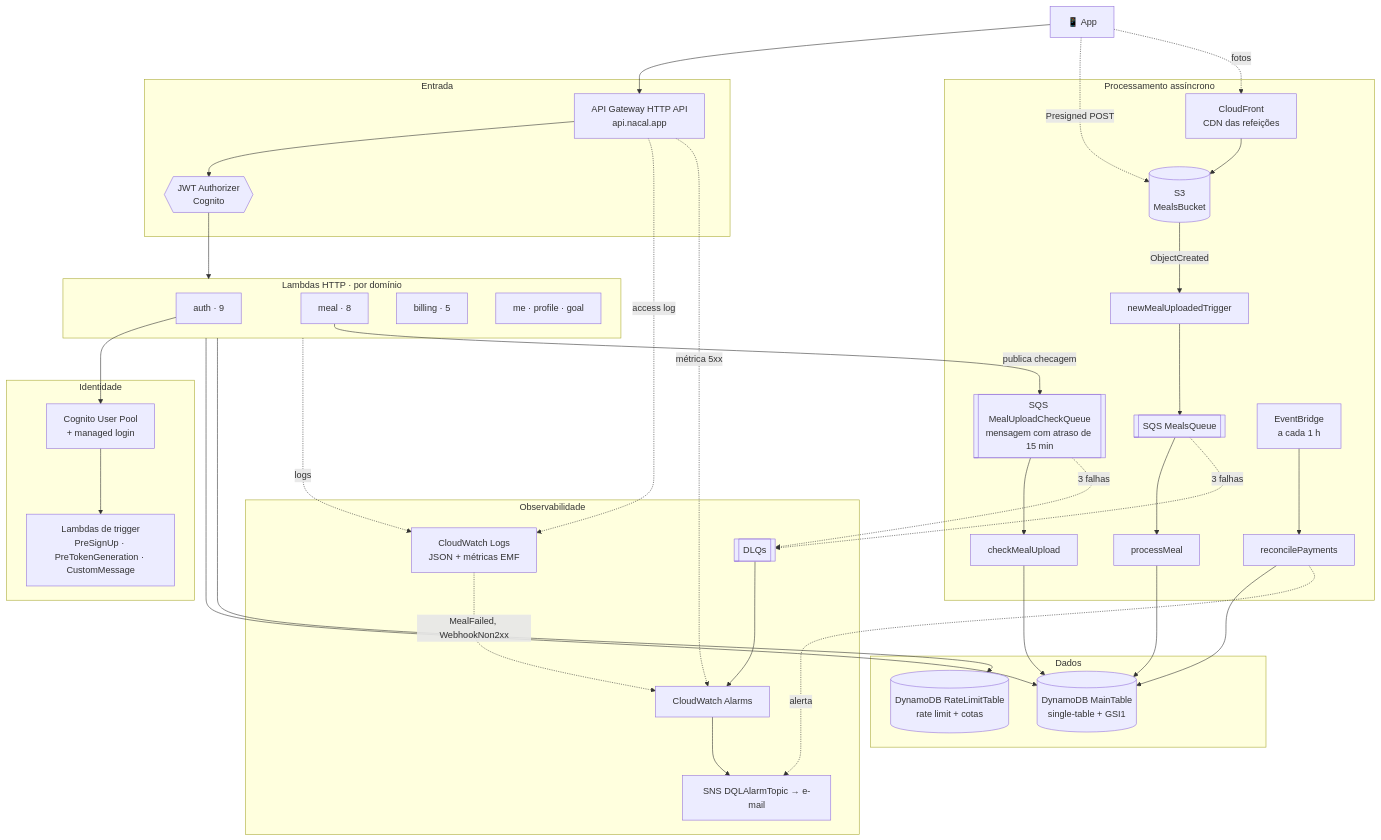
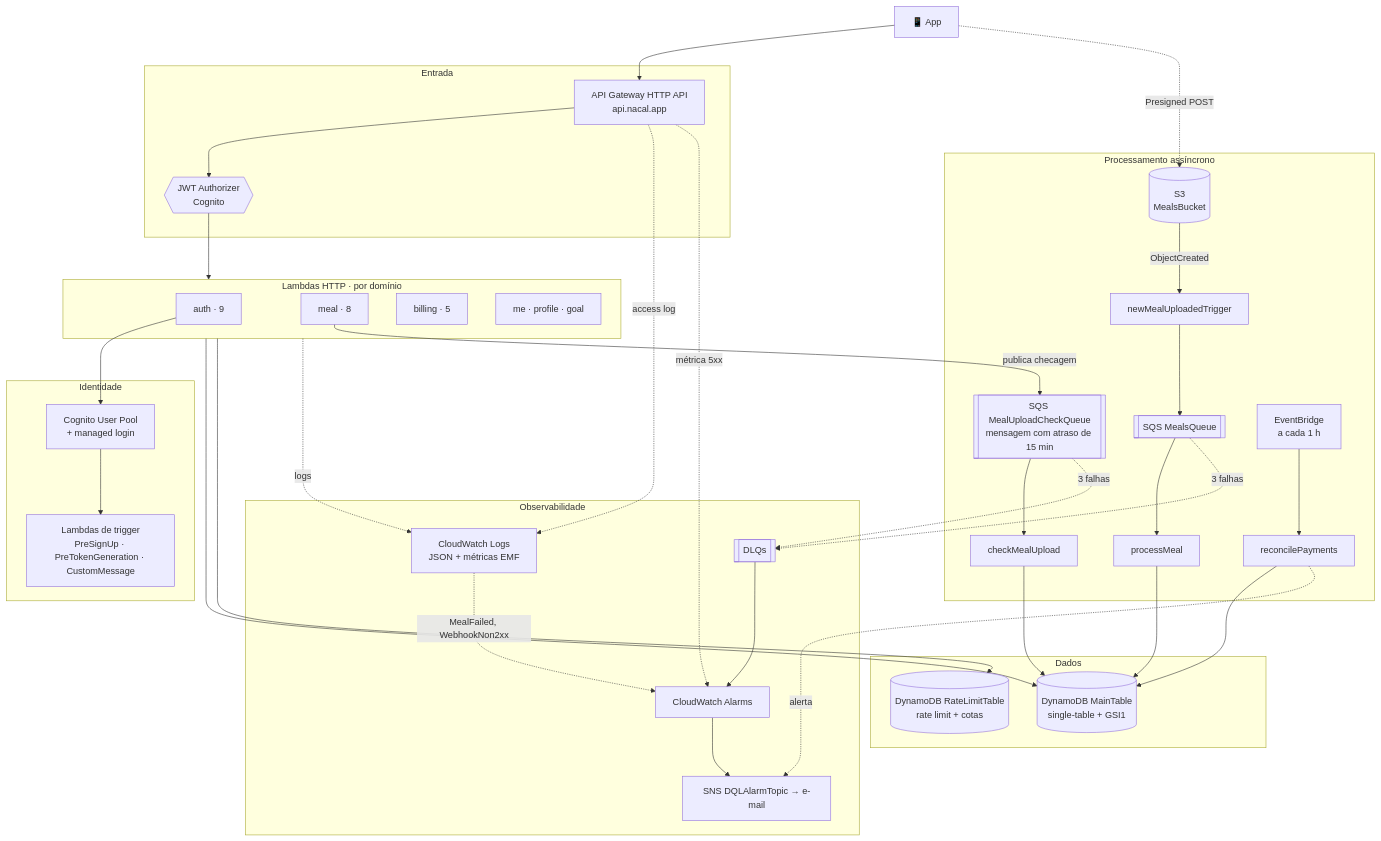
One commit to nivaldoandrade/nacal-api changed the second of 2 diagrams in docs/guide/01-visao-geral.md. Above: the diagram before and after it, drawn with Mermaid. The commit also changed other lines of this file and 26 other files, not shown here.

````diff
--- a/docs/guide/01-visao-geral.md
+++ b/docs/guide/01-visao-geral.md
@@ -45,68 +45,65 @@
 ```mermaid
 flowchart TB
     app["📱 App"]
 
     subgraph edge["Entrada"]
         apigw["API Gateway HTTP API<br/>api.nacal.app"]
         authz{{"JWT Authorizer<br/>Cognito"}}
     end
 
     subgraph identity["Identidade"]
         cognito["Cognito User Pool<br/>+ managed login"]
         triggers["Lambdas de trigger<br/>PreSignUp · PreTokenGeneration · CustomMessage"]
     end
 
     subgraph compute["Lambdas HTTP · por domínio"]
         authFns["auth · 9"]
         mealFns["meal · 8"]
         billingFns["billing · 5"]
         otherFns["me · profile · goal"]
     end
 
     subgraph async["Processamento assíncrono"]
         s3[("S3<br/>MealsBucket")]
-        cdn["CloudFront<br/>CDN das refeições"]
         uploaded["newMealUploadedTrigger"]
         mealsQ[["SQS MealsQueue"]]
         process["processMeal"]
         checkQ[["SQS MealUploadCheckQueue<br/>mensagem com atraso de 15 min"]]
         check["checkMealUpload"]
         sched["EventBridge<br/>a cada 1 h"]
         reconcile["reconcilePayments"]
     end
 
     subgraph data["Dados"]
         main[("DynamoDB MainTable<br/>single-table + GSI1")]
         rl[("DynamoDB RateLimitTable<br/>rate limit + cotas")]
     end
 
     subgraph ops["Observabilidade"]
         dlq[["DLQs"]]
         logs["CloudWatch Logs<br/>JSON + métricas EMF"]
         alarms["CloudWatch Alarms"]
         sns["SNS DQLAlarmTopic → e-mail"]
     end
 
     app --> apigw --> authz --> compute
     app -. "Presigned POST" .-> s3
-    app -. "fotos" .-> cdn
-    cdn --> s3
     cognito --> triggers
     authFns --> cognito
     compute --> main
     compute --> rl
     mealFns -- "publica checagem" --> checkQ
     s3 -- "ObjectCreated" --> uploaded --> mealsQ --> process
     checkQ --> check
     process --> main
     check --> main
     sched --> reconcile --> main
     mealsQ -. "3 falhas" .-> dlq
     checkQ -. "3 falhas" .-> dlq
     dlq --> alarms --> sns
     compute -. "logs" .-> logs
     apigw -. "access log" .-> logs
     apigw -. "métrica 5xx" .-> alarms
     logs -. "MealFailed, WebhookNon2xx" .-> alarms
     reconcile -. "alerta" .-> sns
 ```
````
